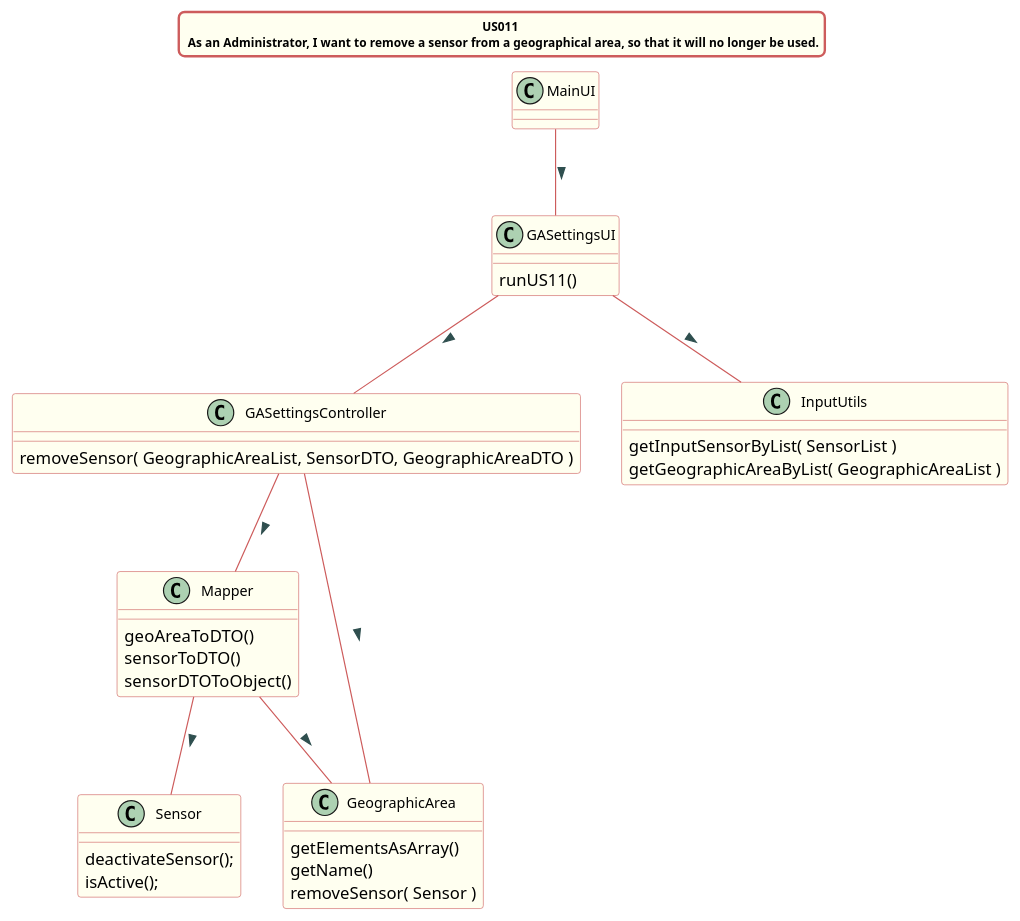
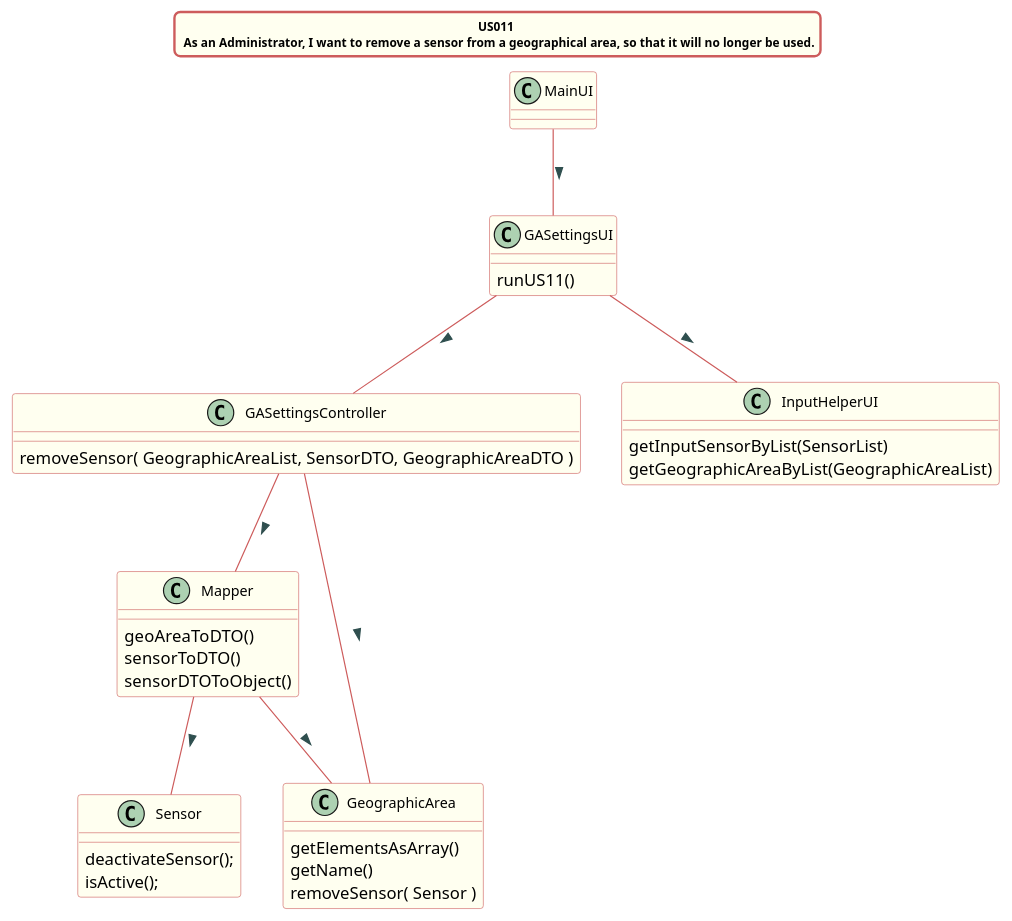
Before and after one commit to Almadanmp/project: the diagram in src/doc/Controllers/GASettings/US011/US0111_cd_GASettings.puml, drawn with PlantUML. The commit also changed 16 other files, not shown here.

```diff
--- a/src/doc/Controllers/GASettings/US011/US0111_cd_GASettings.puml
+++ b/src/doc/Controllers/GASettings/US011/US0111_cd_GASettings.puml
@@ -1,71 +1,71 @@
 @startuml
 
 title US011 \n As an Administrator, I want to remove a sensor from a geographical area, so that it will no longer be used.
 
 skinparam titleBorderRoundCorner 10
 skinparam titleBorderThickness 2
 skinparam titleBorderColor indianred
 skinparam titleBackgroundColor ivory
 skinparam FontName verdana
 skinparam titleFontSize 10
 
 
 skinparam class {
   BorderColor indianred
   BackgroundColor indianred
   BackgroundColor ivory
    roundcorner 10
    ArrowFontName Verdana
    ArrowColor indianred
    ArrowFontColor darkslategrey
    FontSize 12
 }
 
 class GASettingsController
 class GASettingsUI
 class Mapper
 class GeographicArea
 class Sensor
-class InputUtils
+class InputHelperUI
 
 MainUI -- GASettingsUI : >
-GASettingsUI -- InputUtils : >
+GASettingsUI -- InputHelperUI : >
 GASettingsUI -- GASettingsController : >
 GASettingsController -- Mapper : >
 Mapper -- GeographicArea : >
 Mapper -- Sensor : >
 GASettingsController -- GeographicArea : >
 
 class GASettingsUI {
 runUS11()
 }
 
 class GASettingsController {
 removeSensor( GeographicAreaList, SensorDTO, GeographicAreaDTO )
 }
 
 class Mapper {
 geoAreaToDTO()
 sensorToDTO()
 sensorDTOToObject()
 }
 
 class GeographicArea{
 getElementsAsArray()
 getName()
 removeSensor( Sensor )
 }
 
-class InputUtils{
-getInputSensorByList( SensorList )
-getGeographicAreaByList( GeographicAreaList )
+class InputHelperUI{
+getInputSensorByList(SensorList)
+getGeographicAreaByList(GeographicAreaList)
 
 }
 
 class Sensor {
 deactivateSensor();
 isActive();
 }
 
 
 @enduml
```
